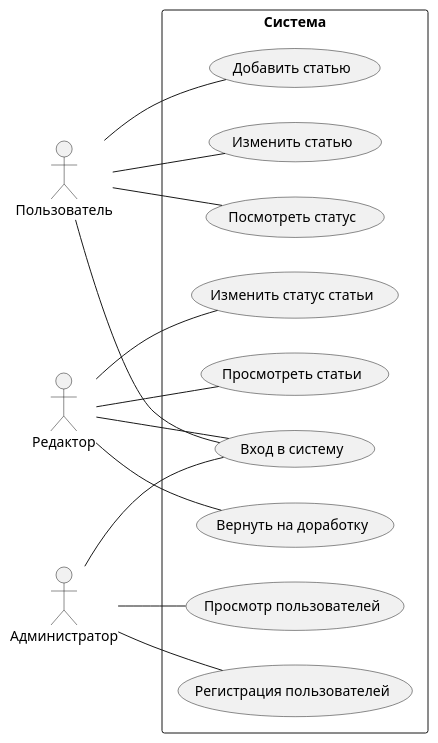
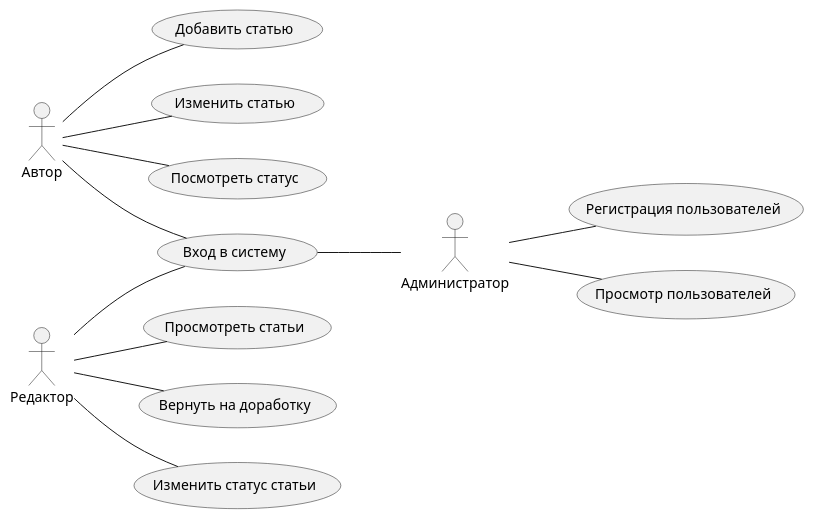
Before and after one commit to sakux937/project1: the diagram in docs/diagrams/use-case.puml, drawn with PlantUML.

Commit message:
Исправлен файл use-case диаграммы

```diff
--- a/docs/diagrams/use-case.puml
+++ b/docs/diagrams/use-case.puml
@@ -1,36 +1,36 @@
 @startuml use-case
 left to right direction
 skinparam packageStyle rectangle
-actor "Пользователь" as User
+actor "Автор" as User
 actor "Редактор" as Editor
 actor "Администратор" as Admin
-package "Система" {
+
     usecase "Вход в систему" as UC_Login
     
     usecase "Добавить статью" as UC_AddArticle
     usecase "Изменить статью" as UC_EditArticle
     usecase "Посмотреть статус" as UC_CheckStatus
     
     usecase "Просмотреть статьи" as UC_ViewArticles
     usecase "Вернуть на доработку" as UC_ReturnToAuthor
     usecase "Изменить статус статьи" as UC_ChangeStatus
     
     usecase "Регистрация пользователей" as UC_Register
     usecase "Просмотр пользователей" as UC_ViewUsers
-}
+
 
 User -- UC_Login
 User -- UC_AddArticle
 User -- UC_EditArticle
 User -- UC_CheckStatus
 
 Editor -- UC_Login
 Editor -- UC_ViewArticles
 Editor -- UC_ReturnToAuthor
 Editor -- UC_ChangeStatus
 
-Admin -- UC_Login
+Admin -up- UC_Login
 Admin -- UC_Register
 Admin -- UC_ViewUsers
 
 @enduml
```
